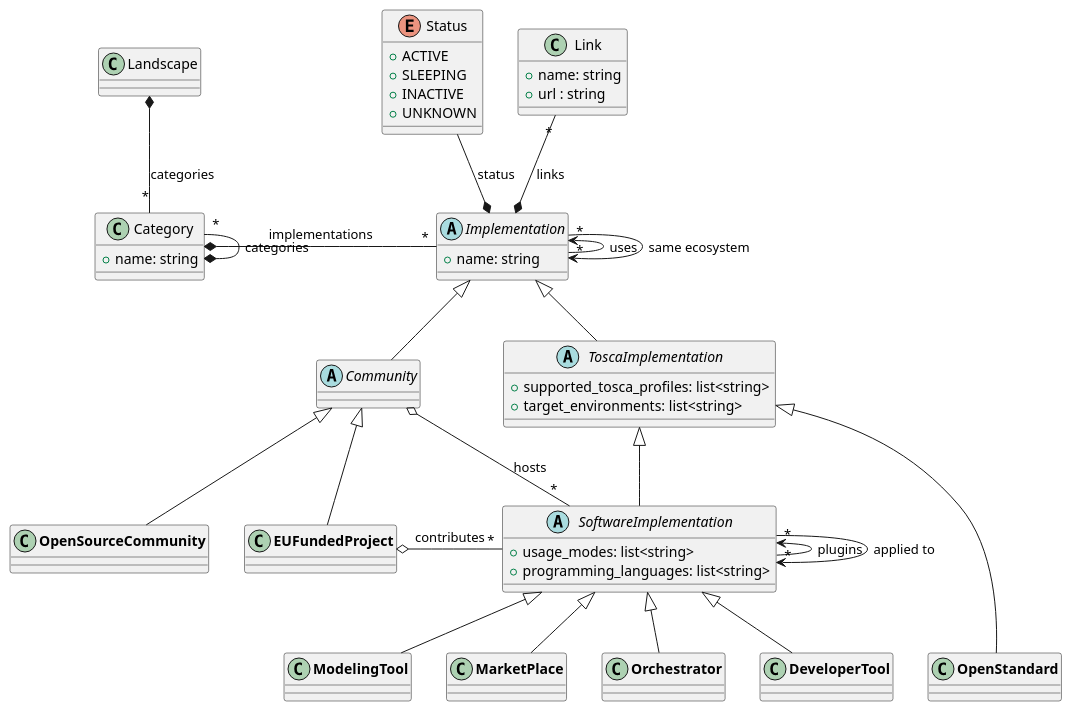
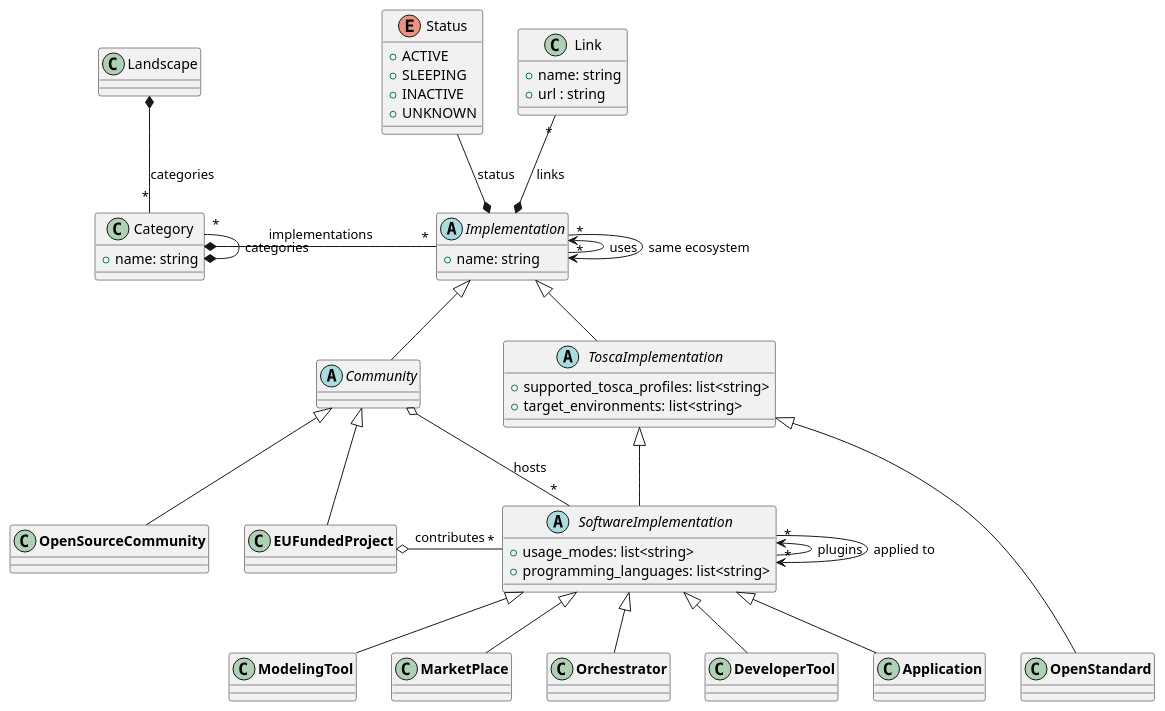
Before and after one commit to philippemerle/tosca-implementation-landscape: the diagram in metamodel.puml, drawn with PlantUML. The commit also changed 10 other files, not shown here.

```diff
--- a/metamodel.puml
+++ b/metamodel.puml
@@ -1,73 +1,76 @@
 @startuml
 
 class Landscape {}
 
 class Category {
   +name: string
 }
 
 enum Status {
   +ACTIVE
   +SLEEPING
   +INACTIVE
   +UNKNOWN
 }
 
 class Link {
   +name: string
   +url : string
 }
 
 abstract class Implementation {
   +name: string
 }
 
 abstract class Community extends Implementation {
 }
 
 class **EUFundedProject** extends Community {
 }
 
 class **OpenSourceCommunity** extends Community {
 }
 
 abstract class ToscaImplementation extends Implementation {
   +supported_tosca_profiles: list<string>
   +target_environments: list<string>
 }
 
 class **OpenStandard** extends ToscaImplementation {
 }
 
 abstract class SoftwareImplementation extends ToscaImplementation {
   +usage_modes: list<string>
   +programming_languages: list<string>
 }
 
 class **ModelingTool** extends SoftwareImplementation {
 }
 
 class **MarketPlace** extends SoftwareImplementation {
 }
 
 class **Orchestrator** extends SoftwareImplementation {
 }
 
 class **DeveloperTool** extends SoftwareImplementation {
 }
 
+class **Application** extends SoftwareImplementation {
+}
+
 Landscape *-- "*" Category : categories
 Category *- "*" Implementation : implementations
 Category *-up- "*" Category : categories
 Implementation *-up- Status : status
 Implementation *-up- "*" Link : links
 "**EUFundedProject**" o-right- "*" SoftwareImplementation : contributes
 Community o-right- "*" SoftwareImplementation : hosts
 Implementation -up-> "*" Implementation : uses
 Implementation --> "*" Implementation : same ecosystem
 SoftwareImplementation -up-> "*" SoftwareImplementation : plugins
 SoftwareImplementation --> "*" SoftwareImplementation : applied to
 
-"**DeveloperTool**" -[hidden] "**OpenStandard**"
+"**Application**" -[hidden] "**OpenStandard**"
 
 @end
```
